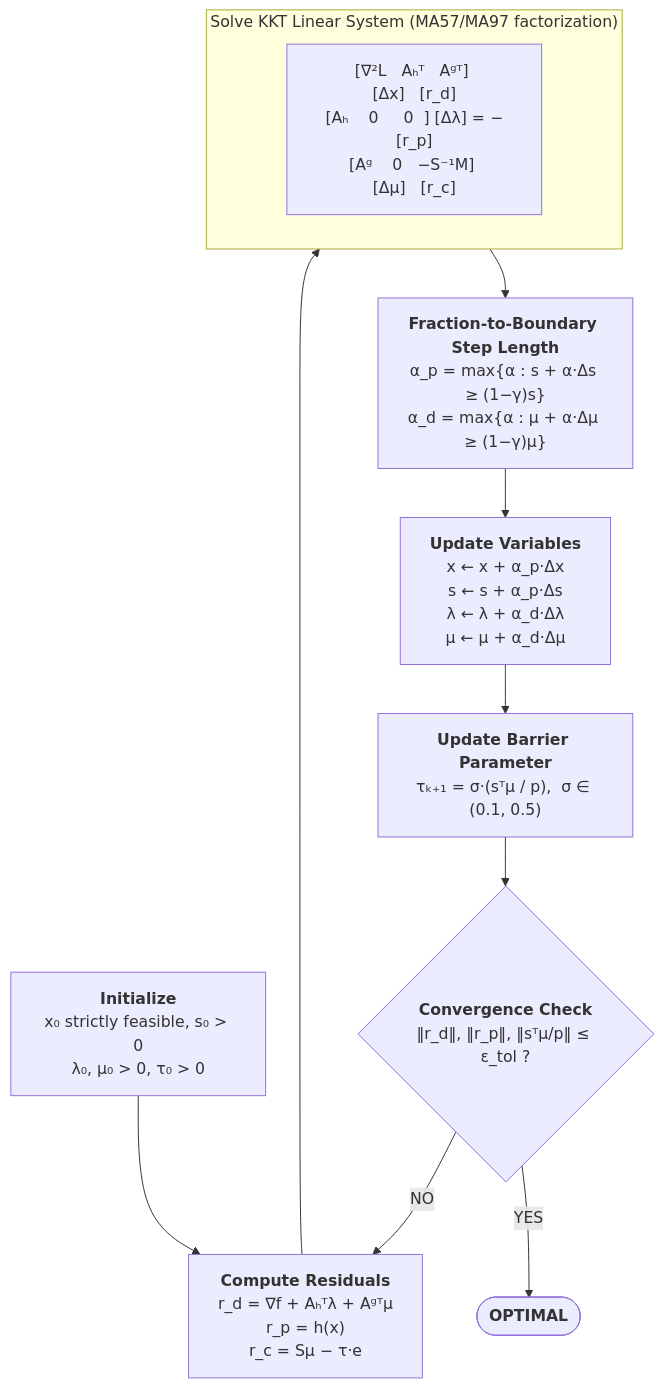
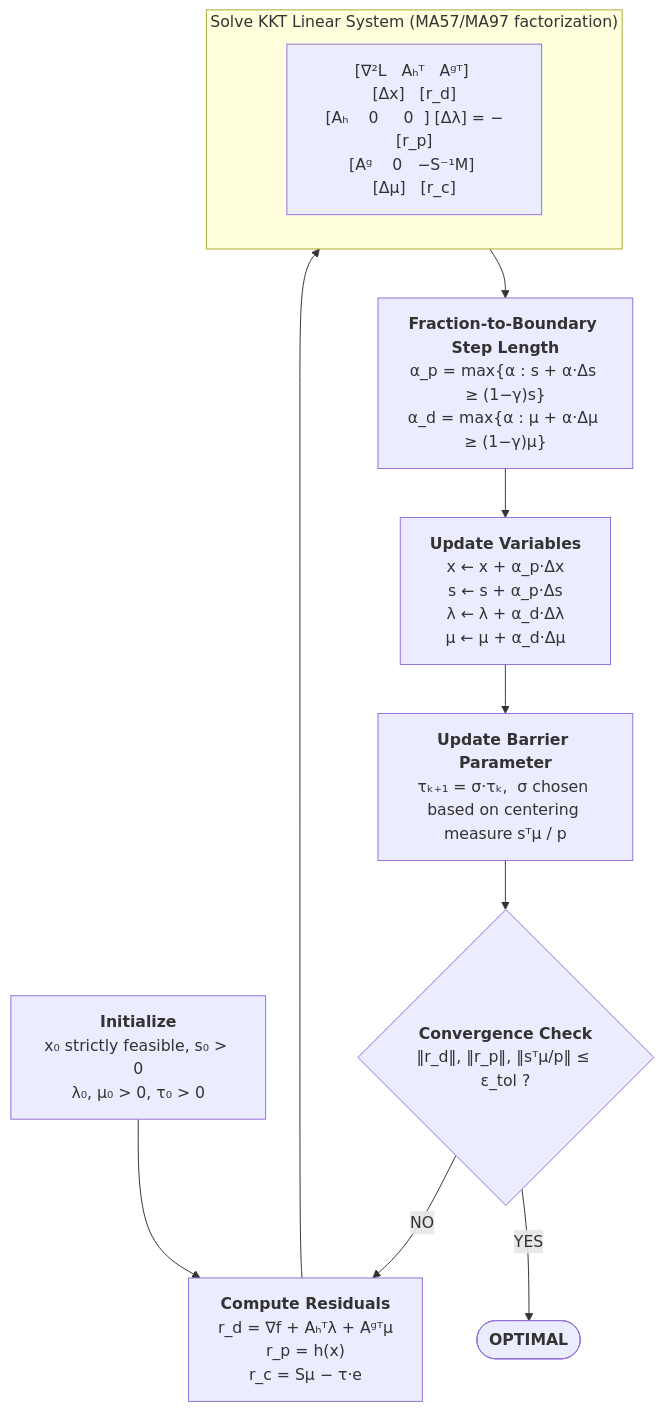
One commit to blebleblee/synapse changed the second of 2 diagrams in topics/formal_sciences/applied_math/optimization/lesson_03_constrained_nonlinear_programming.md. Above: the diagram before and after it, drawn with Mermaid. The commit also changed 138 other files, not shown here.

````diff
--- a/topics/formal_sciences/applied_math/optimization/lesson_03_constrained_nonlinear_programming.md
+++ b/topics/formal_sciences/applied_math/optimization/lesson_03_constrained_nonlinear_programming.md
@@ -183,29 +183,29 @@
 ```mermaid
 flowchart TD
     INIT["<b>Initialize</b><br/>x₀ strictly feasible, s₀ &gt; 0<br/>λ₀, μ₀ &gt; 0, τ₀ &gt; 0"]
 
     RESIDUALS["<b>Compute Residuals</b><br/>r_d = ∇f + Aₕᵀλ + Aᵍᵀμ<br/>r_p = h(x)<br/>r_c = Sμ − τ·e"]
 
     subgraph KKT ["Solve KKT Linear System (MA57/MA97 factorization)"]
         KKTSYS["[∇²L &nbsp; Aₕᵀ &nbsp; Aᵍᵀ] [Δx]&nbsp;&nbsp;&nbsp;[r_d]<br/>[Aₕ &nbsp;&nbsp; 0 &nbsp;&nbsp;&nbsp; 0 &nbsp;] [Δλ] = −[r_p]<br/>[Aᵍ &nbsp;&nbsp; 0 &nbsp; −S⁻¹M] [Δμ]&nbsp;&nbsp;&nbsp;[r_c]"]
     end
 
     STEPLENGTH["<b>Fraction-to-Boundary Step Length</b><br/>α_p = max{α : s + α·Δs ≥ (1−γ)s}<br/>α_d = max{α : μ + α·Δμ ≥ (1−γ)μ}"]
 
     UPDATE["<b>Update Variables</b><br/>x ← x + α_p·Δx<br/>s ← s + α_p·Δs<br/>λ ← λ + α_d·Δλ<br/>μ ← μ + α_d·Δμ"]
 
-    BARRIER["<b>Update Barrier Parameter</b><br/>τₖ₊₁ = σ·(sᵀμ / p),&nbsp;&nbsp;σ ∈ (0.1, 0.5)"]
+    BARRIER["<b>Update Barrier Parameter</b><br/>τₖ₊₁ = σ·τₖ,&nbsp;&nbsp;σ chosen based on centering measure sᵀμ / p"]
 
     CONVERGE{"<b>Convergence Check</b><br/>‖r_d‖, ‖r_p‖, ‖sᵀμ/p‖ ≤ ε_tol ?"}
 
     OPTIMAL(["<b>OPTIMAL</b>"])
 
     INIT --> RESIDUALS
     RESIDUALS --> KKT
     KKT --> STEPLENGTH
     STEPLENGTH --> UPDATE
     UPDATE --> BARRIER
     BARRIER --> CONVERGE
     CONVERGE -- YES --> OPTIMAL
     CONVERGE -- NO --> RESIDUALS
 ```
````
